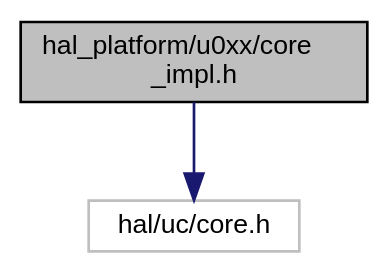
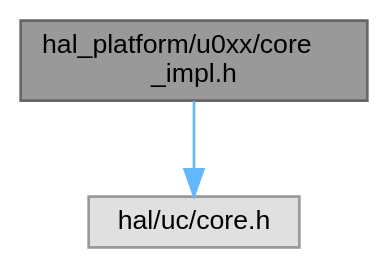
Before and after one commit to ebs-universe/piolib-hal-uc-stm32: the diagram in u0xx_2core__impl_8h__incl.dot, drawn with Graphviz. The commit also changed 1546 other files, not shown here.

```diff
--- a/u0xx_2core__impl_8h__incl.dot
+++ b/u0xx_2core__impl_8h__incl.dot
@@ -1,11 +1,11 @@
 digraph "hal_platform/u0xx/core_impl.h"
 {
  // INTERACTIVE_SVG=YES
  // LATEX_PDF_SIZE
   bgcolor="transparent";
-  edge [fontname="Helvetica",fontsize="10",labelfontname="Helvetica",labelfontsize="10"];
-  node [fontname="Helvetica",fontsize="10",shape=record];
-  Node1 [label="hal_platform/u0xx/core\l_impl.h",height=0.2,width=0.4,color="black", fillcolor="grey75", style="filled", fontcolor="black",tooltip=" "];
-  Node1 -> Node2 [color="midnightblue",fontsize="10",style="solid",fontname="Helvetica"];
-  Node2 [label="hal/uc/core.h",height=0.2,width=0.4,color="grey75",tooltip=" "];
+  edge [fontname=Helvetica,fontsize=10,labelfontname=Helvetica,labelfontsize=10];
+  node [fontname=Helvetica,fontsize=10,shape=box,height=0.2,width=0.4];
+  Node1 [id="Node000001",label="hal_platform/u0xx/core\l_impl.h",height=0.2,width=0.4,color="gray40", fillcolor="grey60", style="filled", fontcolor="black",tooltip=" "];
+  Node1 -> Node2 [id="edge1_Node000001_Node000002",color="steelblue1",style="solid",tooltip=" "];
+  Node2 [id="Node000002",label="hal/uc/core.h",height=0.2,width=0.4,color="grey60", fillcolor="#E0E0E0", style="filled",tooltip=" "];
 }
```
